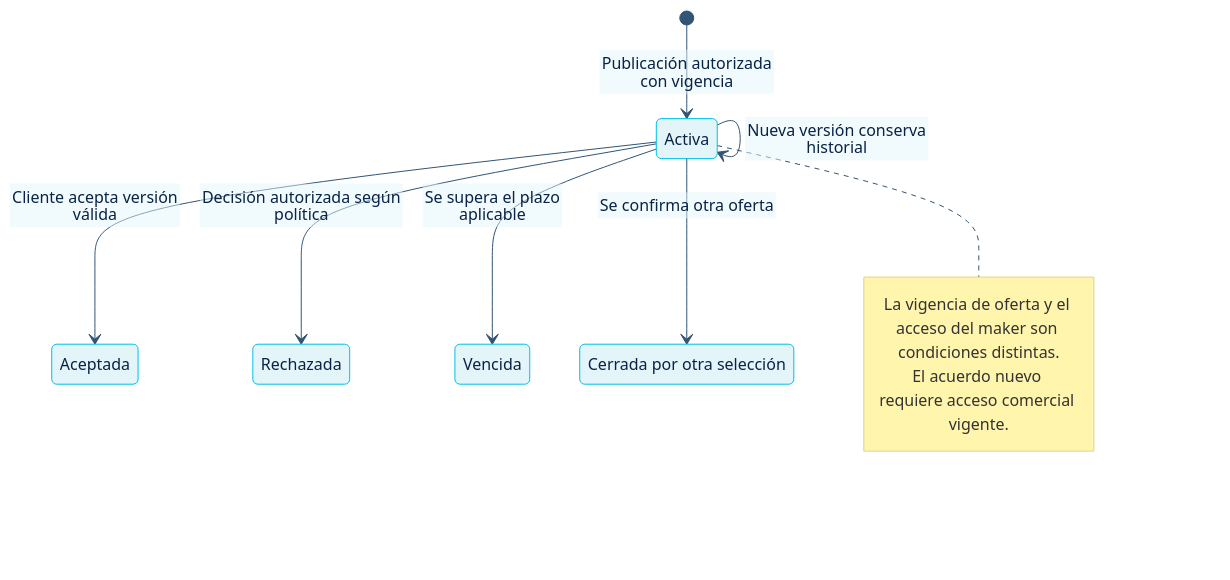
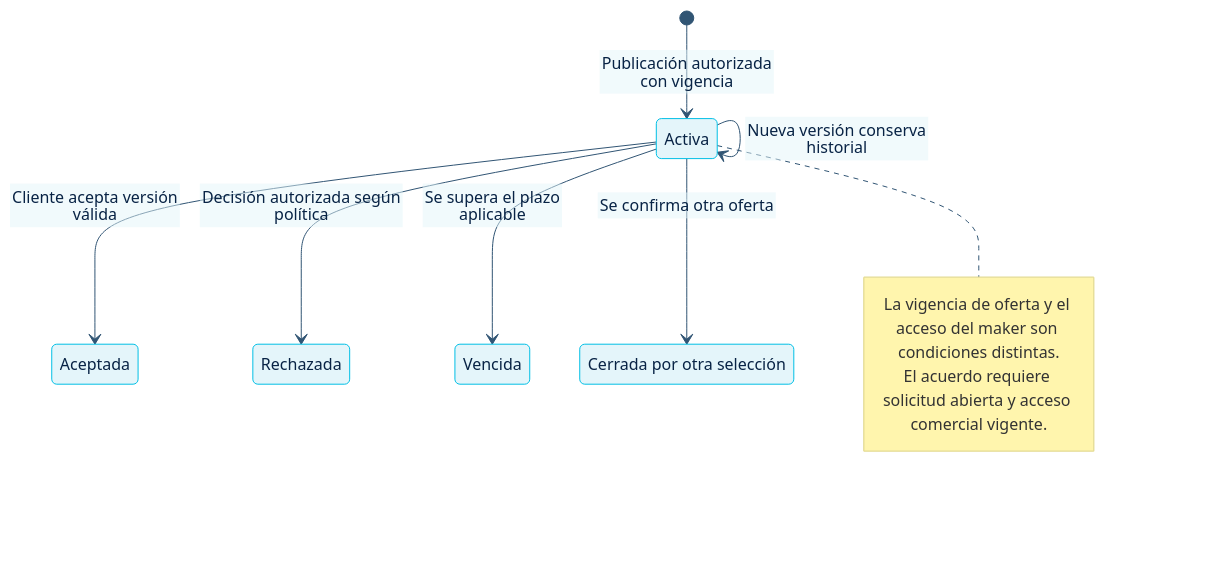
Before and after one commit to chill0101/3daltoque-docs: the diagram in public/documentos/b1d5026866f3-estados-oferta.mmd, drawn with Mermaid. The commit also changed 103 other files, not shown here.

```diff
--- a/public/documentos/b1d5026866f3-estados-oferta.mmd
+++ b/public/documentos/b1d5026866f3-estados-oferta.mmd
@@ -1,18 +1,18 @@
 %%{init: {"theme":"base","themeVariables":{"primaryColor":"#E4F5FA","primaryTextColor":"#082345","primaryBorderColor":"#00BFE5","lineColor":"#315574","secondaryColor":"#F5F8FC","tertiaryColor":"#FFFFFF","fontFamily":"Manrope, sans-serif"},"flowchart":{"htmlLabels":false},"class":{"htmlLabels":false}}}%%
 stateDiagram-v2
   direction TB
   state "Activa" as activa
   state "Aceptada" as aceptada
   state "Rechazada" as rechazada
   state "Vencida" as vencida
   state "Cerrada por otra selección" as cerrada
   [*] --> activa: Publicación autorizada con vigencia
   activa --> activa: Nueva versión conserva historial
   activa --> aceptada: Cliente acepta versión válida
   activa --> rechazada: Decisión autorizada según política
   activa --> vencida: Se supera el plazo aplicable
   activa --> cerrada: Se confirma otra oferta
   note right of activa
     La vigencia de oferta y el acceso del maker son condiciones distintas.
-    El acuerdo nuevo requiere acceso comercial vigente.
+    El acuerdo requiere solicitud abierta y acceso comercial vigente.
   end note
```
